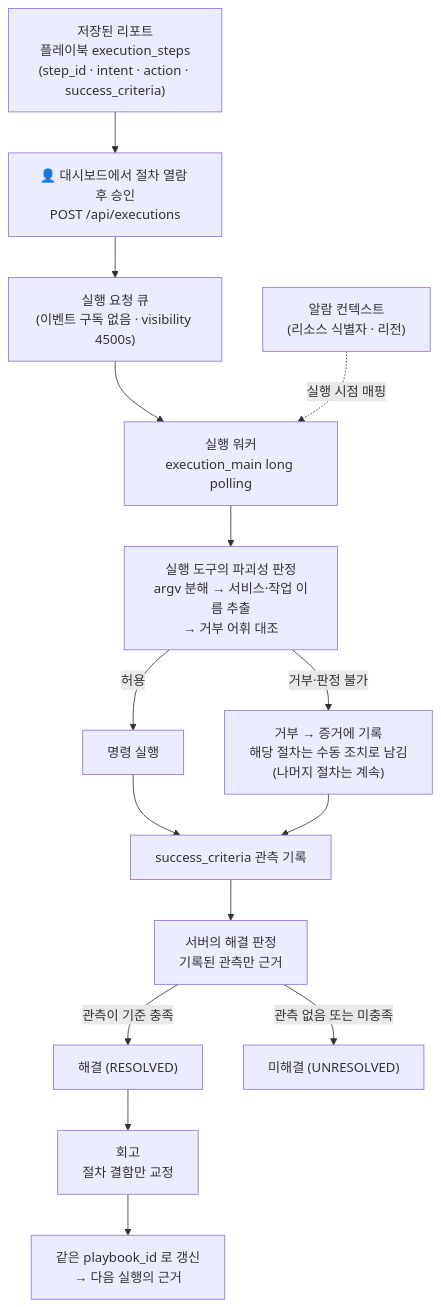
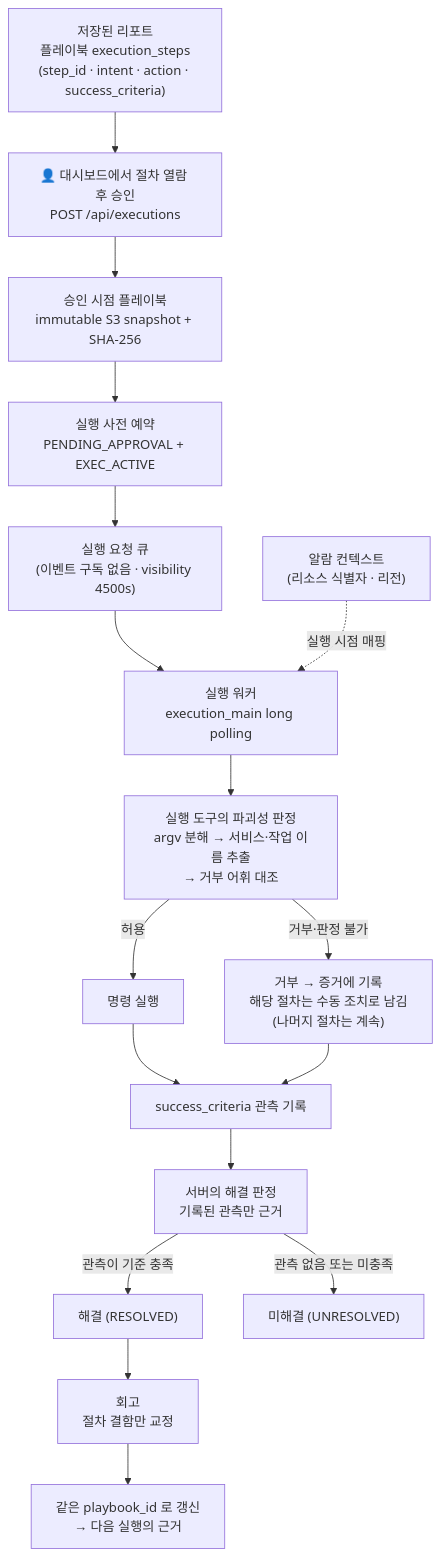
Before and after one commit to haandol/rca-agent: the fourth of 5 diagrams in docs/architecture.md, drawn with Mermaid. The commit also changed other lines of this file and 81 other files, not shown here.

````diff
--- a/docs/architecture.md
+++ b/docs/architecture.md
@@ -206,26 +210,28 @@
 ```mermaid
 flowchart TD
     REPORT["저장된 리포트<br/>플레이북 execution_steps<br/>(step_id · intent · action · success_criteria)"]
     HUMAN["👤 대시보드에서 절차 열람 후 승인<br/>POST /api/executions"]
+    SNAPSHOT["승인 시점 플레이북<br/>immutable S3 snapshot + SHA-256"]
+    RESERVE["실행 사전 예약<br/>PENDING_APPROVAL + EXEC_ACTIVE"]
     QUEUE["실행 요청 큐<br/>(이벤트 구독 없음 · visibility 4500s)"]
     WORKER["실행 워커<br/>execution_main long polling"]
     ALARM["알람 컨텍스트<br/>(리소스 식별자 · 리전)"]
     GATE["실행 도구의 파괴성 판정<br/>argv 분해 → 서비스·작업 이름 추출<br/>→ 거부 어휘 대조"]
     RUN["명령 실행"]
     MANUAL["거부 → 증거에 기록<br/>해당 절차는 수동 조치로 남김<br/>(나머지 절차는 계속)"]
     OBSERVE["success_criteria 관측 기록"]
     JUDGE["서버의 해결 판정<br/>기록된 관측만 근거"]
     RESOLVED["해결 (RESOLVED)"]
     UNRESOLVED["미해결 (UNRESOLVED)"]
     RETRO["회고<br/>절차 결함만 교정"]
     PLAYBOOK["같은 playbook_id 로 갱신<br/>→ 다음 실행의 근거"]
 
-    REPORT --> HUMAN --> QUEUE --> WORKER
+    REPORT --> HUMAN --> SNAPSHOT --> RESERVE --> QUEUE --> WORKER
     ALARM -.->|실행 시점 매핑| WORKER
     WORKER --> GATE
     GATE -->|허용| RUN --> OBSERVE
     GATE -->|거부·판정 불가| MANUAL --> OBSERVE
     OBSERVE --> JUDGE
     JUDGE -->|관측이 기준 충족| RESOLVED --> RETRO --> PLAYBOOK
     JUDGE -->|관측 없음 또는 미충족| UNRESOLVED
 ```
````
